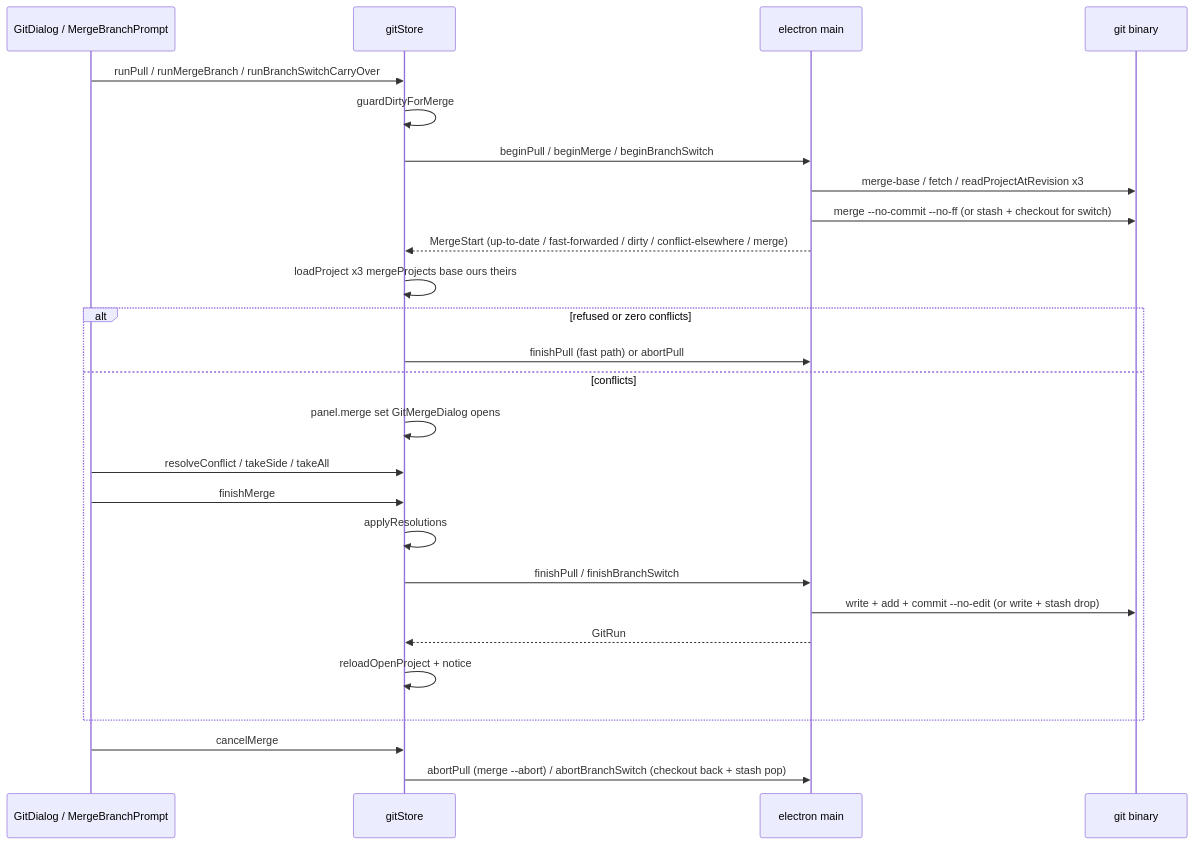
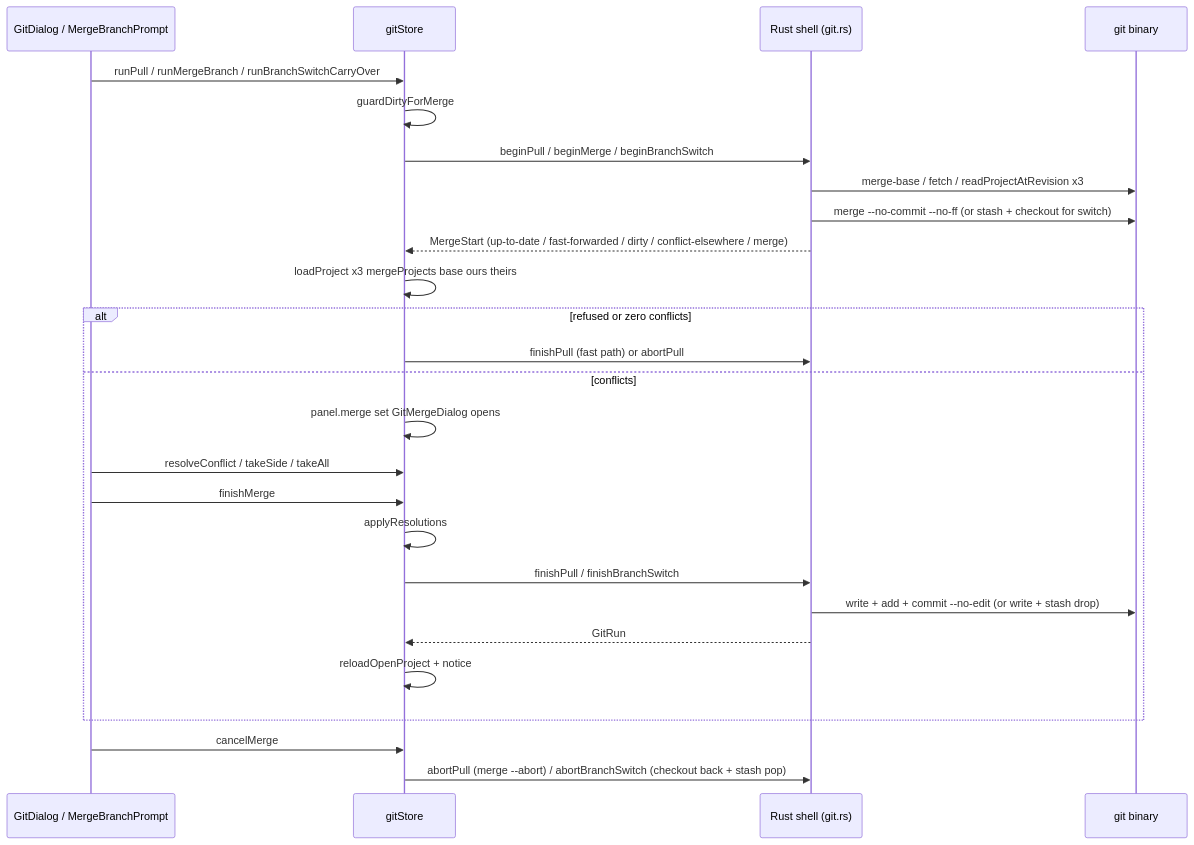
The fourth of 4 diagrams in openwiki/workflows/git-integration.md (Gram21/SaiLoR), drawn with Mermaid before and after one commit. The commit also changed other lines of this file and 41 other files, not shown here.

Commit message:
docs: refresh openwiki pages and add graph, progressive loading and demo pages

````diff
--- a/openwiki/workflows/git-integration.md
+++ b/openwiki/workflows/git-integration.md
@@ -587,29 +615,29 @@
 ```mermaid
 sequenceDiagram
   participant UI as GitDialog / MergeBranchPrompt
   participant GS as gitStore
-  participant Main as electron main
+  participant Main as Rust shell (git.rs)
   participant Git as git binary
 
   UI->>GS: runPull / runMergeBranch / runBranchSwitchCarryOver
   GS->>GS: guardDirtyForMerge
   GS->>Main: beginPull / beginMerge / beginBranchSwitch
   Main->>Git: merge-base / fetch / readProjectAtRevision x3
   Main->>Git: merge --no-commit --no-ff  (or stash + checkout for switch)
   Main-->>GS: MergeStart (up-to-date / fast-forwarded / dirty / conflict-elsewhere / merge)
   GS->>GS: loadProject x3  mergeProjects base ours theirs
   alt refused or zero conflicts
     GS->>Main: finishPull (fast path)  or abortPull
   else conflicts
     GS->>GS: panel.merge set  GitMergeDialog opens
     UI->>GS: resolveConflict / takeSide / takeAll
     UI->>GS: finishMerge
     GS->>GS: applyResolutions
     GS->>Main: finishPull / finishBranchSwitch
     Main->>Git: write + add + commit --no-edit  (or write + stash drop)
     Main-->>GS: GitRun
     GS->>GS: reloadOpenProject + notice
   end
   UI->>GS: cancelMerge
   GS->>Main: abortPull (merge --abort) / abortBranchSwitch (checkout back + stash pop)
 ```
````
